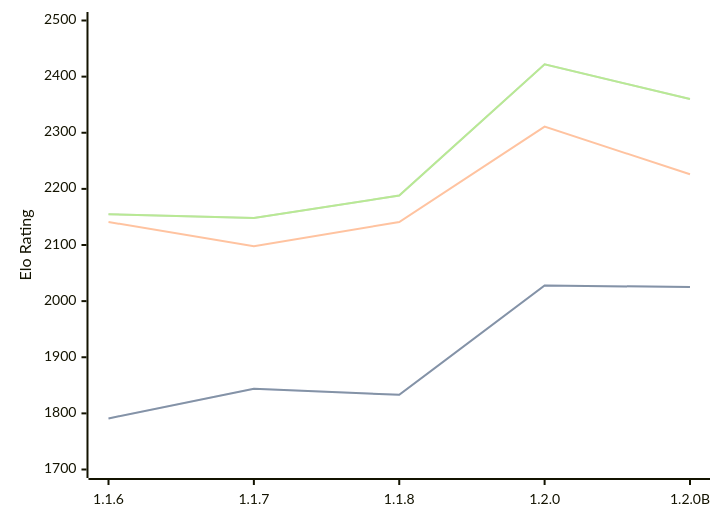
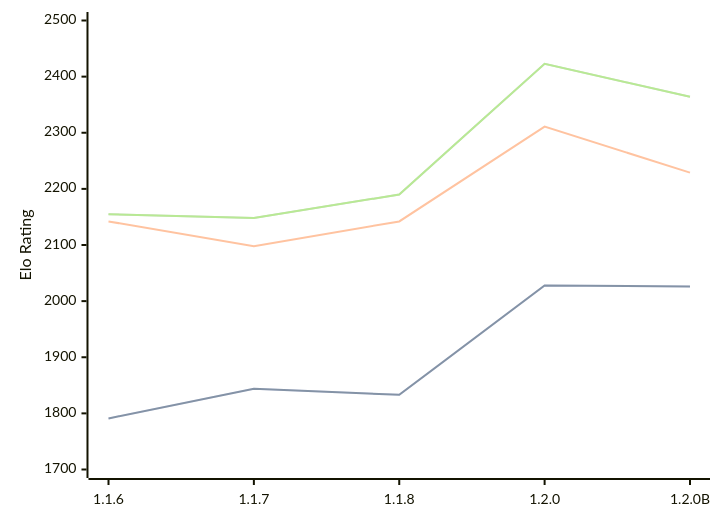
The diagram in engines/Soomi.md (computer-chess-index/cci), drawn with Mermaid before and after one commit. The commit also changed other lines of this file, not shown here.

Commit message:
Update CCI Ratings (ELO VLTC) - 2026-05-21

````diff
--- a/engines/Soomi.md
+++ b/engines/Soomi.md
@@ -35,11 +35,11 @@
 ```mermaid
 %%{init: {"theme":"base","themeVariables":{"seriesColors:['#a3a3a3','#222221','#faa371']}}}%%
 xychart-beta
   x-axis ["1.1.6", "1.1.7", "1.1.8", "1.2.0", "1.2.0B"]
   y-axis "Elo Rating" 1700 --> 2500
-  line "STC (8.0+0.08s)" [1791, 1844, 1833, 2028, 2025]
-  line "STC (8.0+0.08s)" [1791, 1844, 1833, 2028, 2025]
-  line "LTC (60.0+0.60s)" [2141, 2098, 2141, 2311, 2226]
-  line "VLTC (2m24s+1.12s)" [2155, 2148, 2188, 2422, 2360]
-  line "VLTC (2m24s+1.12s)" [2155, 2148, 2188, 2422, 2360]
+  line "STC (8.0+0.08s)" [1791, 1844, 1833, 2028, 2026]
+  line "STC (8.0+0.08s)" [1791, 1844, 1833, 2028, 2026]
+  line "LTC (60.0+0.60s)" [2142, 2098, 2142, 2311, 2229]
+  line "VLTC (2m24s+1.12s)" [2155, 2148, 2190, 2423, 2364]
+  line "VLTC (2m24s+1.12s)" [2155, 2148, 2190, 2423, 2364]
 ```
````
